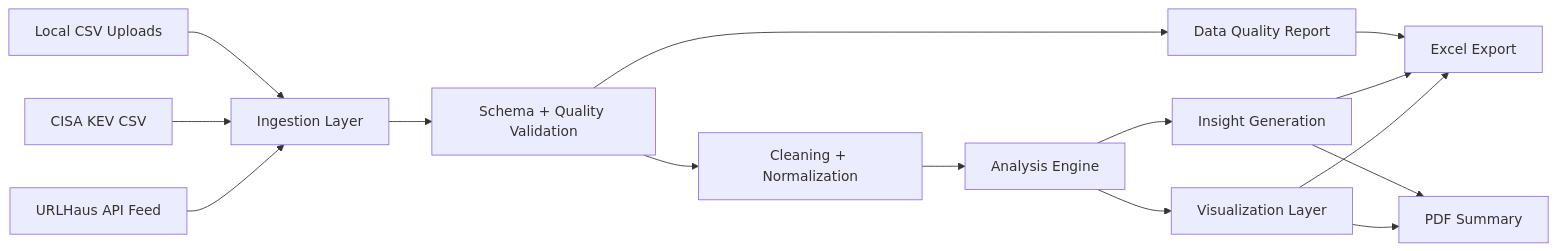
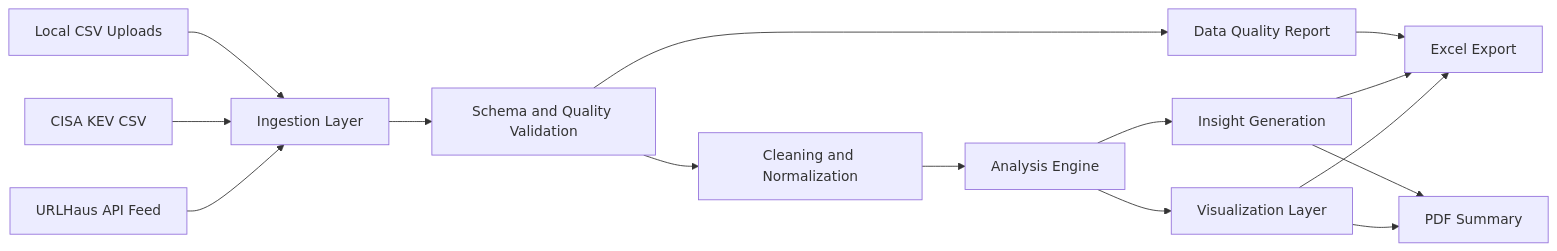
The diagram in README.md (L4Ng0dd3ssHQ/threat-data-pipeline), drawn with Mermaid before and after one commit.

Commit message:
Update README.md
mermaid

````diff
--- a/README.md
+++ b/README.md
@@ -51,17 +51,18 @@
 ```mermaid
 flowchart LR
-    A["URLHaus API Feed"] --> B["Ingestion Layer"]
-    C["CISA KEV CSV"] --> B
-    D["Local CSV Uploads"] --> B
-    B --> E["Schema + Quality Validation"]
-    E --> F["Cleaning + Normalization"]
-    F --> G["Analysis Engine"]
-    G --> H["Visualization Layer"]
-    G --> I["Insight Generation"]
-    E --> J["Data Quality Report"]
-    H --> K["Excel Export"]
+    A[URLHaus API Feed] --> B[Ingestion Layer]
+    C[CISA KEV CSV] --> B
+    D[Local CSV Uploads] --> B
+    B --> E[Schema and Quality Validation]
+    E --> F[Cleaning and Normalization]
+    F --> G[Analysis Engine]
+    G --> H[Visualization Layer]
+    G --> I[Insight Generation]
+    E --> J[Data Quality Report]
+    H --> K[Excel Export]
     I --> K
     J --> K
-    H --> L["PDF Summary"]
+    H --> L[PDF Summary]
     I --> L
+
 ```
````
